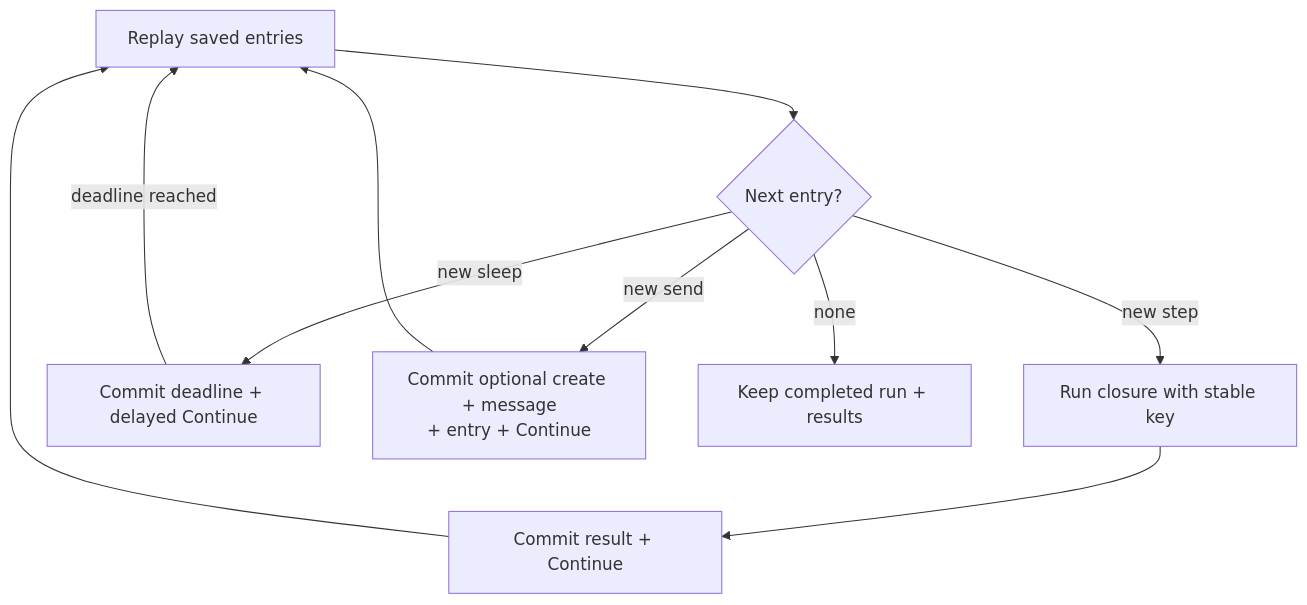
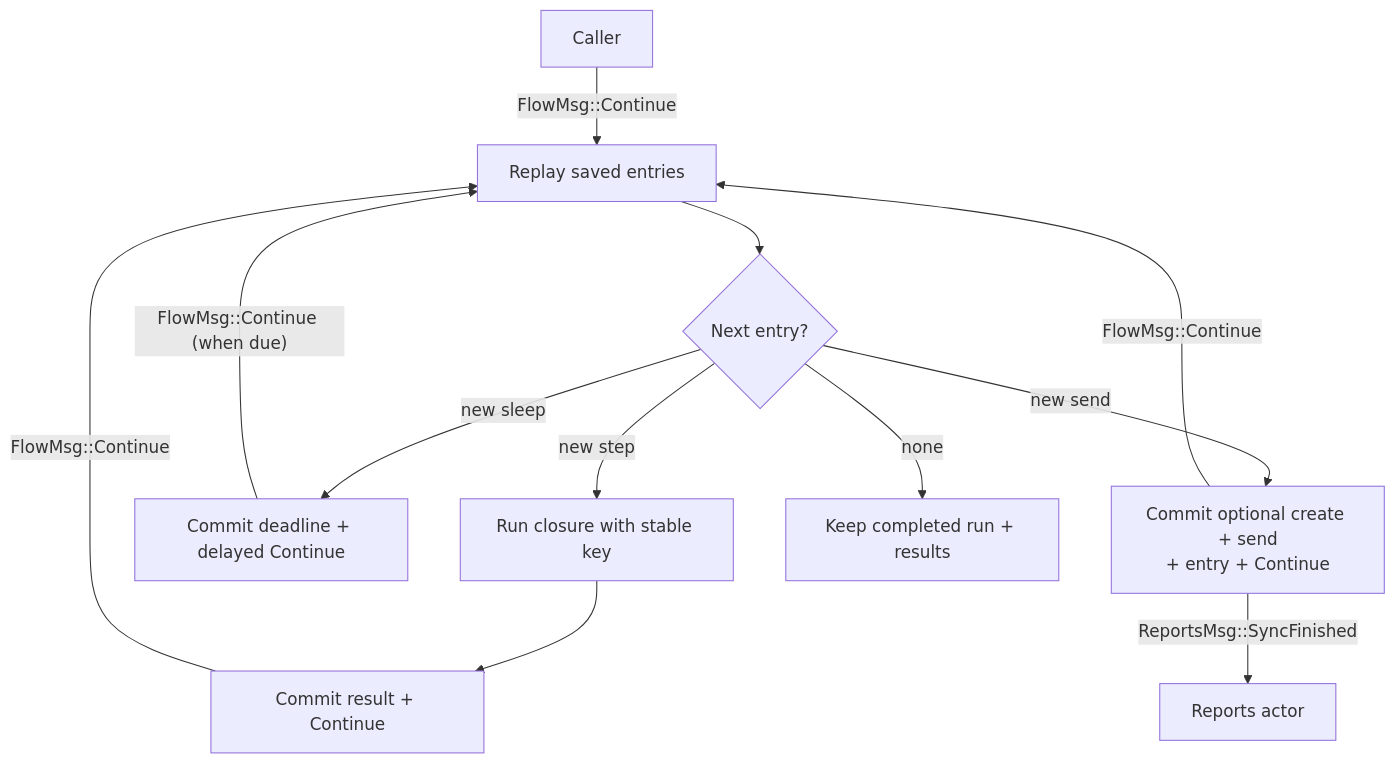
One commit to helico-tech/cicada.rs changed the fourth of 4 diagrams in docs/guide/patterns.md. Above: the diagram before and after it, drawn with Mermaid. The commit also changed other lines of this file and 2 other files, not shown here.

Commit message:
docs: name messages on every actor diagram

````diff
--- a/docs/guide/patterns.md
+++ b/docs/guide/patterns.md
@@ -73,12 +95,14 @@
 ```mermaid
 flowchart TD
-    replay["Replay saved entries"] --> next{"Next entry?"}
+    start["Caller"] -->|FlowMsg::Continue| replay["Replay saved entries"]
+    replay --> next{"Next entry?"}
     next -->|new step| executeStep["Run closure with stable key"]
     executeStep --> commit["Commit result + Continue"]
-    commit --> replay
+    commit -->|FlowMsg::Continue| replay
     next -->|new sleep| sleep["Commit deadline + delayed Continue"]
-    sleep -->|deadline reached| replay
-    next -->|new send| send["Commit optional create + message<br/>+ entry + Continue"]
-    send --> replay
+    sleep -->|"FlowMsg::Continue (when due)"| replay
+    next -->|new send| send["Commit optional create + send<br/>+ entry + Continue"]
+    send -->|ReportsMsg::SyncFinished| reports["Reports actor"]
+    send -->|FlowMsg::Continue| replay
     next -->|none| done["Keep completed run + results"]
 ```
````
